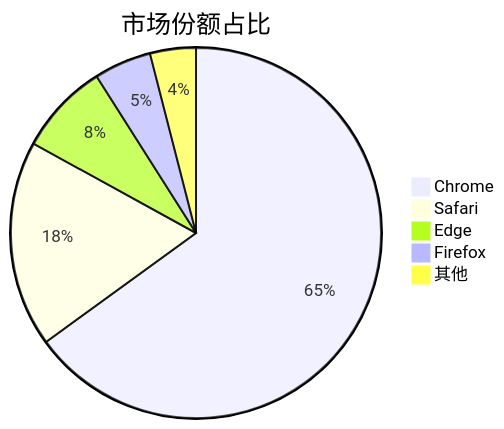
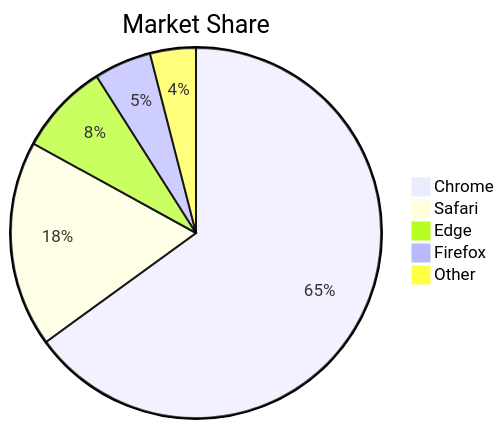
Before and after one commit to znbdev/know-how: the eighth of 24 diagrams in README-Mermaid.md, drawn with Mermaid.

Commit message:
docs(mermaid): 更新饼图示例中的标题和标签为英文
- 将饼图标题从"市场份额占比"改为"Market Share"
- 将饼图数据标签从"其他"改为"Other"

````diff
--- a/README-Mermaid.md
+++ b/README-Mermaid.md
@@ -201,9 +201,8 @@
 ```mermaid
-pie title 市场份额占比
+pie title Market Share
     "Chrome" : 65
     "Safari" : 18
     "Edge" : 8
     "Firefox" : 5
-    "其他" : 4
-
+    "Other" : 4
 ```
````
